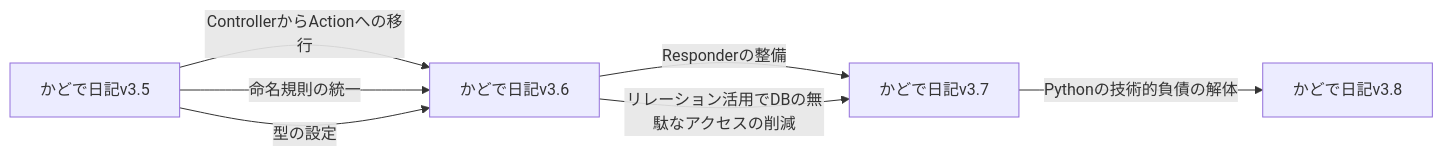
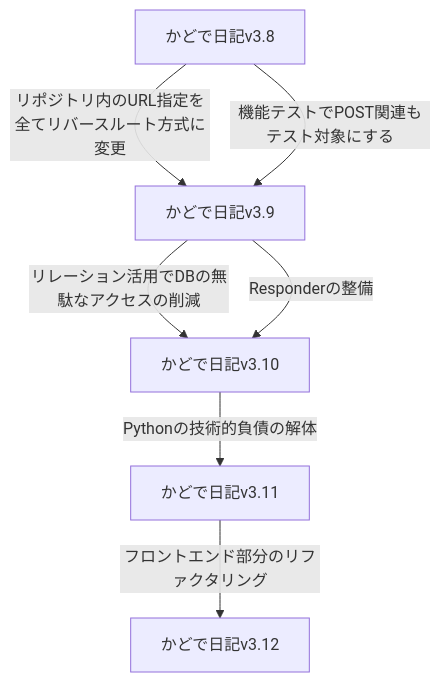
The third of 4 diagrams in README.md (KadodeProject/kadode_nikki3), drawn with Mermaid before and after one commit. The commit also changed other lines of this file, not shown here.

````diff
--- a/README.md
+++ b/README.md
@@ -47,9 +90,9 @@
 ```mermaid
-flowchart LR
-    A[かどで日記v3.5]-->|ControllerからActionへの移行|B[かどで日記v3.6]
-    A-->|命名規則の統一|B
-    A-->|型の設定|B
-    B-->|Responderの整備|C[かどで日記v3.7]
-    B-->|リレーション活用でDBの無駄なアクセスの削減|C
-    C-->|Pythonの技術的負債の解体|D[かどで日記v3.8]
+flowchart TD
+    D[かどで日記v3.8]-->|リポジトリ内のURL指定を全てリバースルート方式に変更|E[かどで日記v3.9]
+    D-->|機能テストでPOST関連もテスト対象にする|E
+    E-->|リレーション活用でDBの無駄なアクセスの削減|F[かどで日記v3.10]
+    E-->|Responderの整備|F
+    F-->|Pythonの技術的負債の解体|G[かどで日記v3.11]
+    G-->|フロントエンド部分のリファクタリング|H[かどで日記v3.12]
 ```
````
